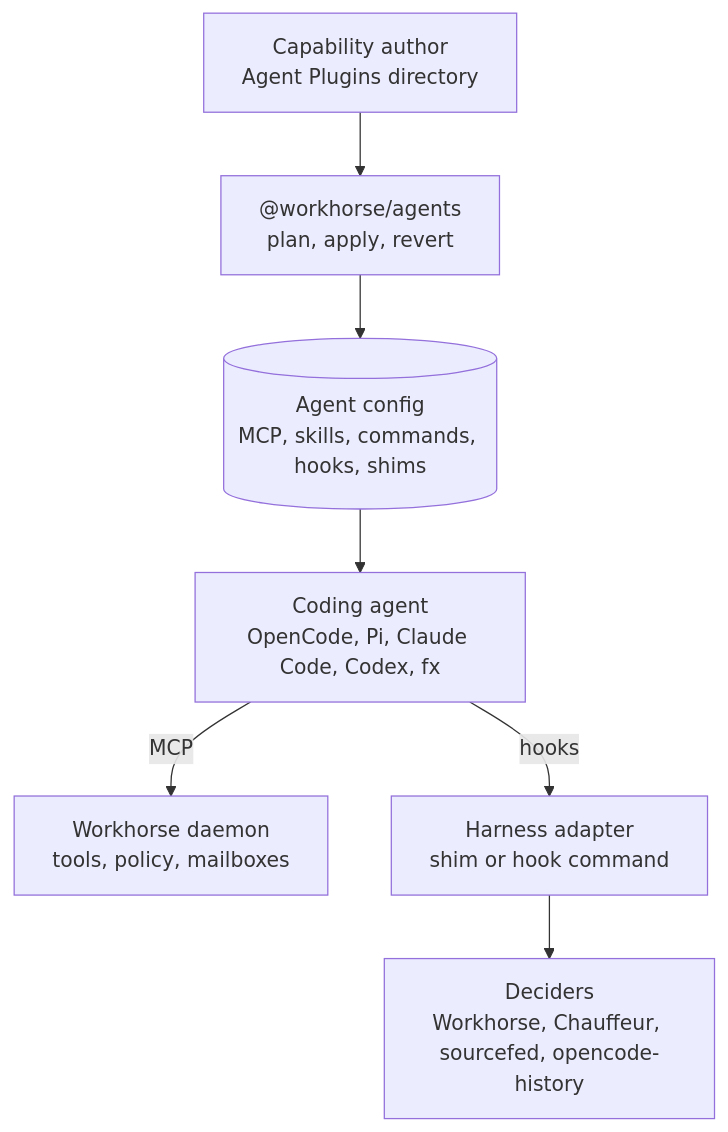
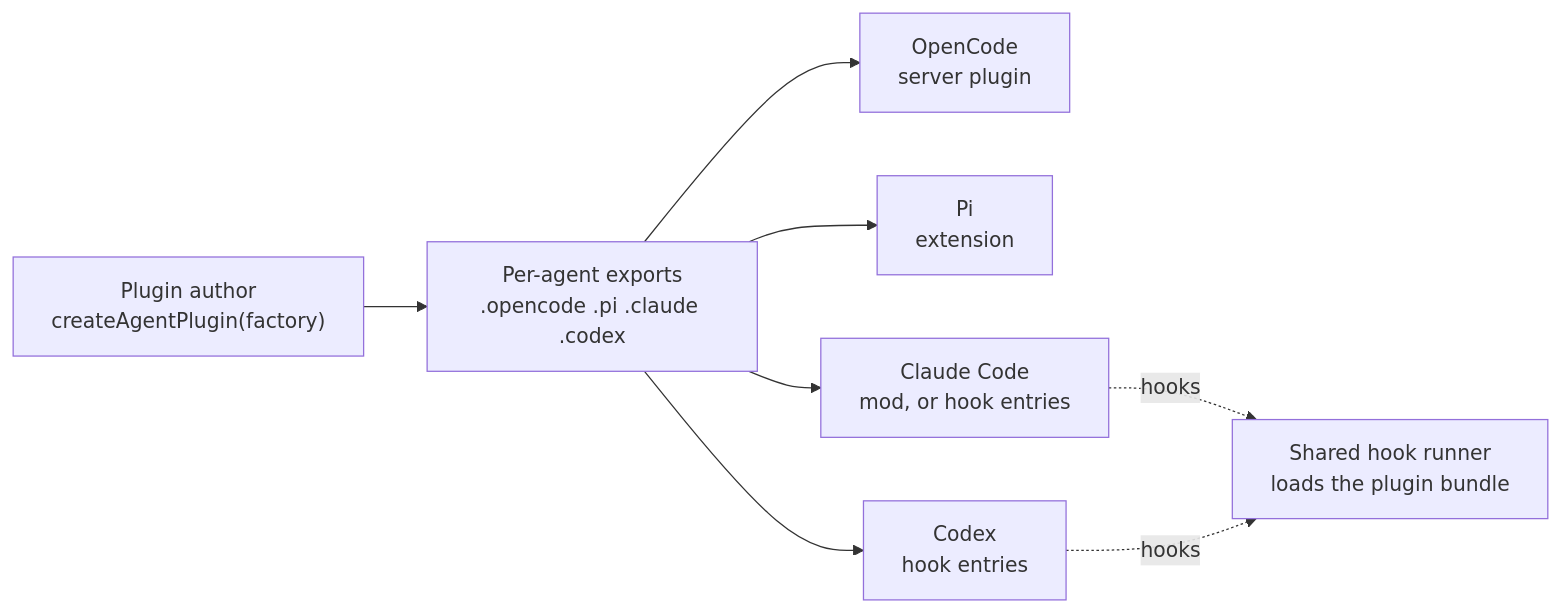
One commit to StevenJPx2/workhorse changed the first of 2 diagrams in spike/unagent/README.md. Above: the diagram before and after it, drawn with Mermaid. The commit also changed other lines of this file and 3 other files, not shown here.

First line of the commit message:
docs(spike): rescope unagent as an unplugin-style agent plugin SDK

````diff
--- a/spike/unagent/README.md
+++ b/spike/unagent/README.md
@@ -9,9 +26,10 @@
 ```mermaid
-flowchart TB
-    Author["Capability author<br/>Agent Plugins directory"] --> Emitter["@workhorse/agents<br/>plan, apply, revert"]
-    Emitter --> Files[("Agent config<br/>MCP, skills, commands, hooks, shims")]
-    Files --> Agent["Coding agent<br/>OpenCode, Pi, Claude Code, Codex, fx"]
-    Agent -- "MCP" --> Daemon["Workhorse daemon<br/>tools, policy, mailboxes"]
-    Agent -- "hooks" --> Adapter["Harness adapter<br/>shim or hook command"]
-    Adapter --> Deciders["Deciders<br/>Workhorse, Chauffeur, sourcefed, opencode-history"]
+flowchart LR
+    Author["Plugin author<br/>createAgentPlugin(factory)"] --> Exports["Per-agent exports<br/>.opencode .pi .claude .codex"]
+    Exports --> OC["OpenCode<br/>server plugin"]
+    Exports --> Pi["Pi<br/>extension"]
+    Exports --> CC["Claude Code<br/>mod, or hook entries"]
+    Exports --> CX["Codex<br/>hook entries"]
+    CC -. "hooks" .-> Runner["Shared hook runner<br/>loads the plugin bundle"]
+    CX -. "hooks" .-> Runner
 ```
````
